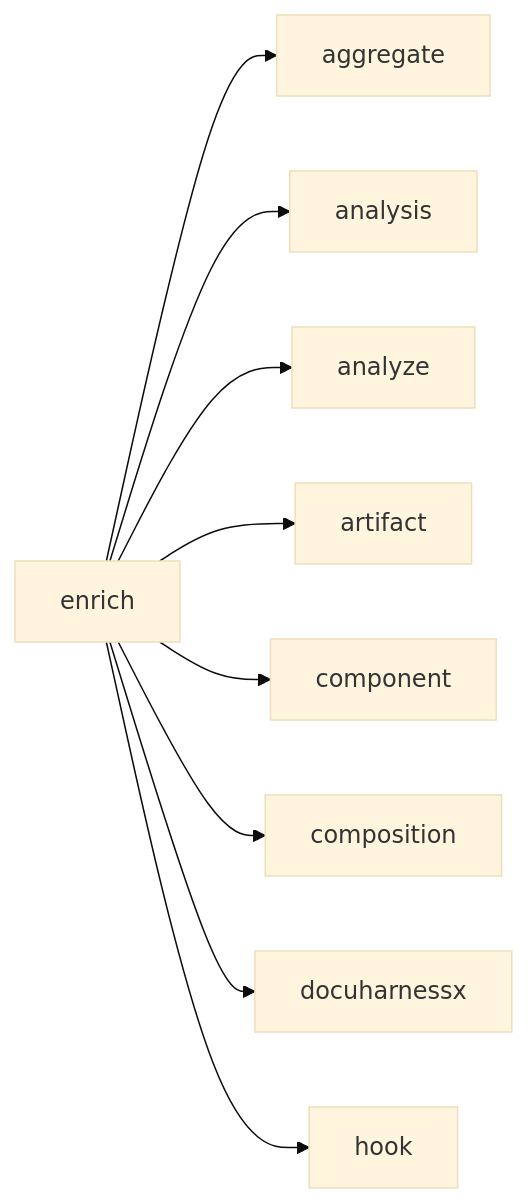
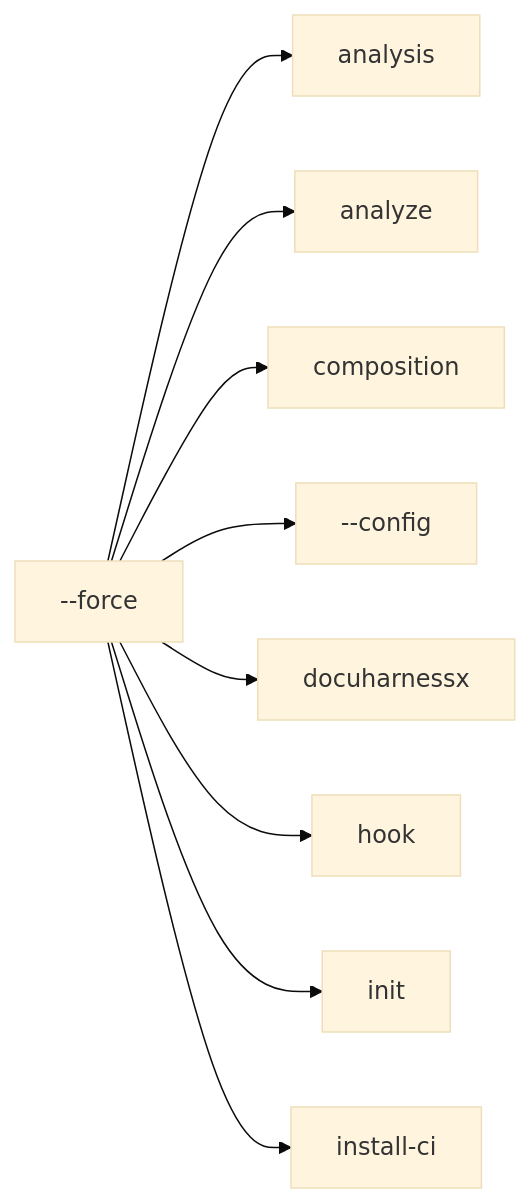
Before and after one commit to norandom/DocuHarnessX: diagram 12 of 30 in docs/glossary.md, drawn with Mermaid (base theme). The commit also changed other lines of this file and 7 other files, not shown here.

````diff
--- a/docs/glossary.md
+++ b/docs/glossary.md
@@ -540,20 +432,20 @@
 ```mermaid
 flowchart LR
-  here["enrich"]
-  r0["aggregate"]
+  here["--force"]
+  r0["analysis"]
   here --> r0
-  r1["analysis"]
+  r1["analyze"]
   here --> r1
-  r2["analyze"]
+  r2["composition"]
   here --> r2
-  r3["artifact"]
+  r3["--config"]
   here --> r3
-  r4["component"]
+  r4["docuharnessx"]
   here --> r4
-  r5["composition"]
+  r5["hook"]
   here --> r5
-  r6["docuharnessx"]
+  r6["init"]
   here --> r6
-  r7["hook"]
+  r7["install-ci"]
   here --> r7
 ```
````
